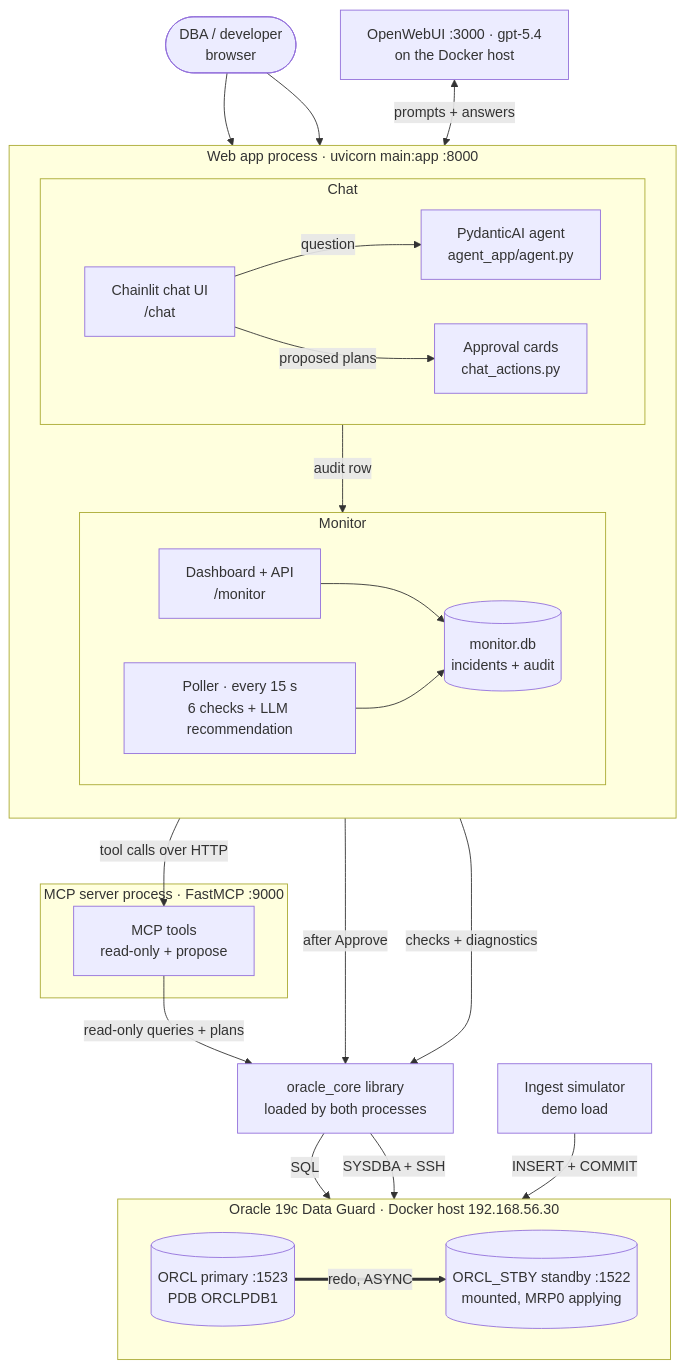
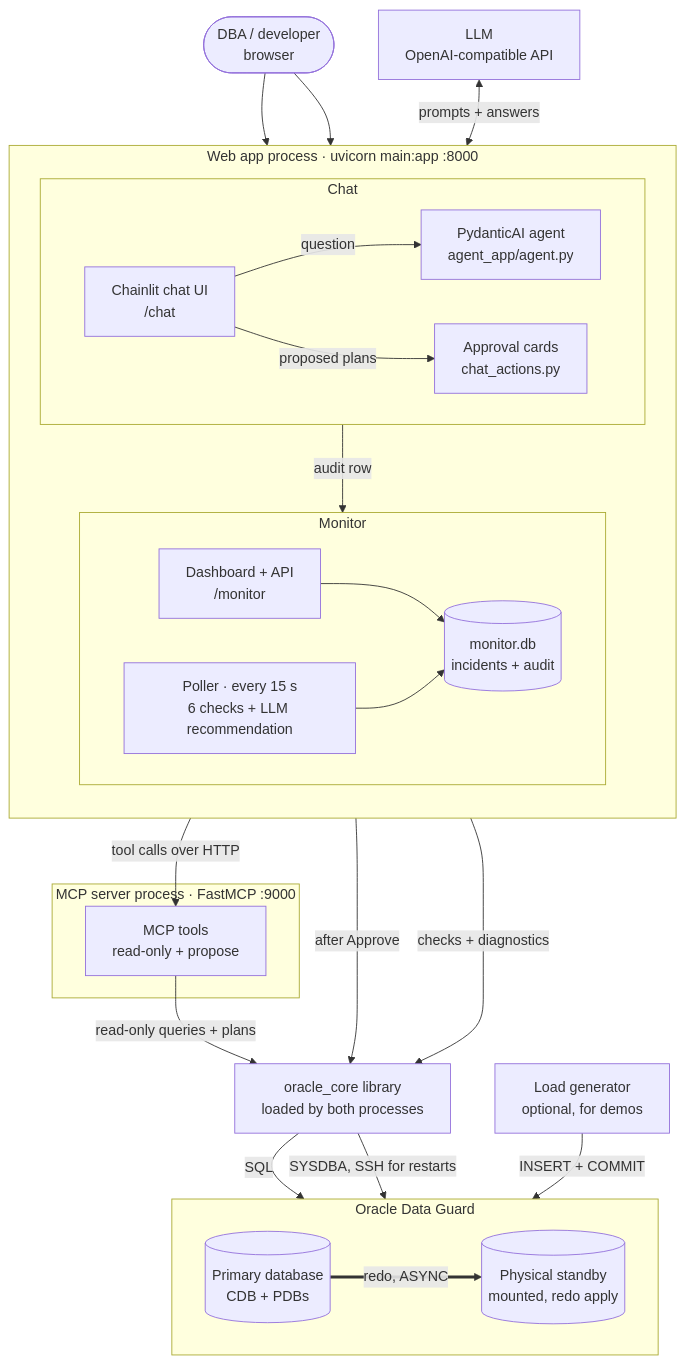
The first of 3 diagrams in ARCHITECTURE.md (roopla/oracle-dba-pydanticai-simple), drawn with Mermaid before and after one commit. The commit also changed other lines of this file, not shown here.

First line of the commit message:
Make ARCHITECTURE.md environment-neutral

````diff
--- a/ARCHITECTURE.md
+++ b/ARCHITECTURE.md
@@ -10,52 +10,52 @@
 ```mermaid
 flowchart TB
     user(["DBA / developer<br/>browser"])
 
     subgraph web["Web app process · uvicorn main:app :8000"]
         direction TB
         subgraph chatside["Chat"]
             direction LR
             chat["Chainlit chat UI<br/>/chat"]
             agent["PydanticAI agent<br/>agent_app/agent.py"]
             cards["Approval cards<br/>chat_actions.py"]
         end
         subgraph monitor["Monitor"]
             direction LR
             dash["Dashboard + API<br/>/monitor"]
             poller["Poller · every 15 s<br/>6 checks + LLM recommendation"]
             sqlite[("monitor.db<br/>incidents + audit")]
         end
     end
 
     subgraph mcpproc["MCP server process · FastMCP :9000"]
         mcp["MCP tools<br/>read-only + propose"]
     end
 
-    llm["OpenWebUI :3000 · gpt-5.4<br/>on the Docker host"]
+    llm["LLM<br/>OpenAI-compatible API"]
     core["oracle_core library<br/>loaded by both processes"]
 
-    subgraph lab["Oracle 19c Data Guard · Docker host 192.168.56.30"]
+    subgraph lab["Oracle Data Guard"]
         direction LR
-        pri[("ORCL primary :1523<br/>PDB ORCLPDB1")]
-        stby[("ORCL_STBY standby :1522<br/>mounted, MRP0 applying")]
+        pri[("Primary database<br/>CDB + PDBs")]
+        stby[("Physical standby<br/>mounted, redo apply")]
     end
 
-    sim["Ingest simulator<br/>demo load"]
+    sim["Load generator<br/>optional, for demos"]
 
     user --> chat
     user --> dash
     chat -->|question| agent
     agent -->|tool calls over HTTP| mcp
     llm <-->|prompts + answers| agent
     mcp -->|read-only queries + plans| core
     chat -->|proposed plans| cards
     cards -->|after Approve| core
     cards -->|audit row| sqlite
     dash --> sqlite
     poller -->|checks + diagnostics| core
     poller --> sqlite
     core -->|SQL| pri
-    core -->|SYSDBA + SSH| stby
+    core -->|SYSDBA, SSH for restarts| stby
     pri ==>|redo, ASYNC| stby
     sim -->|INSERT + COMMIT| pri
 ```
````
